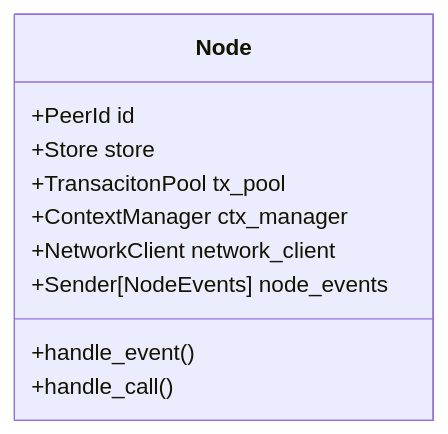
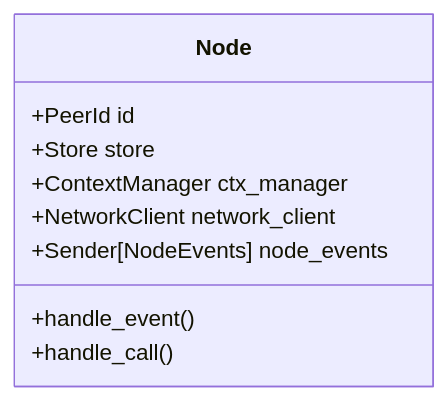
One commit to calimero-network/core changed the first of 2 diagrams in crates/node/README.md. Above: the diagram before and after it, drawn with Mermaid. The commit also changed other lines of this file and 6 other files, not shown here.

````diff
--- a/crates/node/README.md
+++ b/crates/node/README.md
@@ -22,11 +21,10 @@
 ```mermaid
 classDiagram
     Node : +PeerId id
     Node : +Store store
-    Node : +TransacitonPool tx_pool
     Node : +ContextManager ctx_manager
     Node : +NetworkClient network_client
     Node : +Sender[NodeEvents] node_events
     Node: +handle_event()
     Node: +handle_call()
 ```
````
